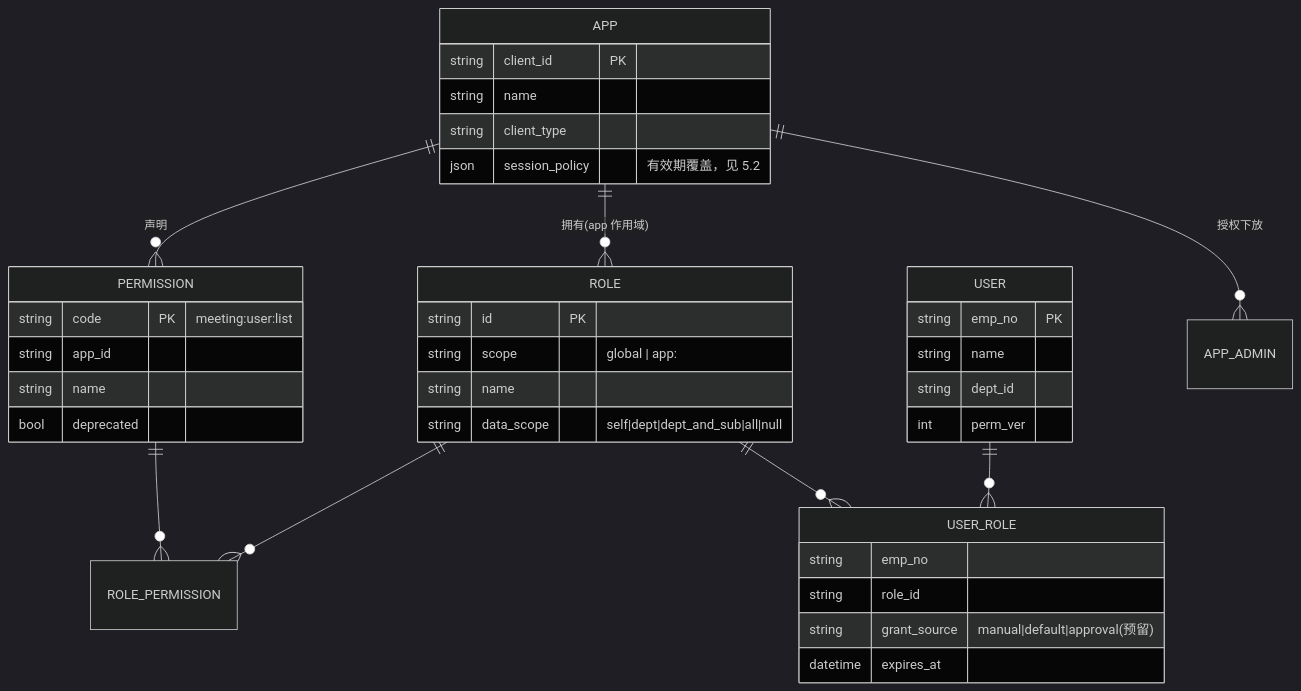
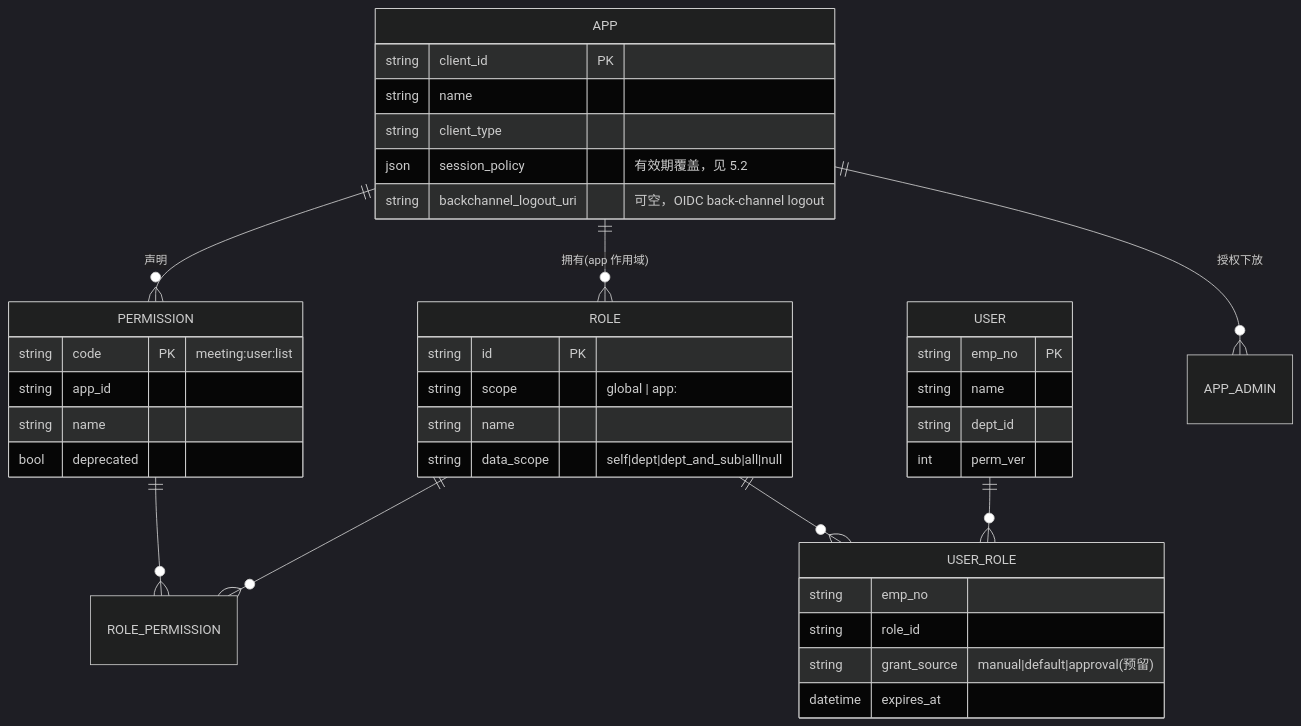
The sixth of 6 diagrams in docs/design.md (ygao0928/unified-auth), drawn with Mermaid (dark theme) before and after one commit. The commit also changed other lines of this file and 21 other files, not shown here.

````diff
--- a/docs/design.md
+++ b/docs/design.md
@@ -463,16 +463,16 @@
 ```mermaid
 erDiagram
     APP ||--o{ PERMISSION : "声明"
     APP ||--o{ ROLE : "拥有(app 作用域)"
     ROLE ||--o{ ROLE_PERMISSION : ""
     PERMISSION ||--o{ ROLE_PERMISSION : ""
     USER ||--o{ USER_ROLE : ""
     ROLE ||--o{ USER_ROLE : ""
     APP ||--o{ APP_ADMIN : "授权下放"
 
-    APP { string client_id PK  string name  string client_type  json session_policy "有效期覆盖，见 5.2" }
+    APP { string client_id PK  string name  string client_type  json session_policy "有效期覆盖，见 5.2"  string backchannel_logout_uri "可空，OIDC back-channel logout" }
     PERMISSION { string code PK "meeting:user:list"  string app_id  string name  bool deprecated }
     ROLE { string id PK  string scope "global | app:<id>"  string name  string data_scope "self|dept|dept_and_sub|all|null" }
     USER { string emp_no PK  string name  string dept_id  int perm_ver }
     USER_ROLE { string emp_no  string role_id  string grant_source "manual|default|approval(预留)"  datetime expires_at }
 ```
````
